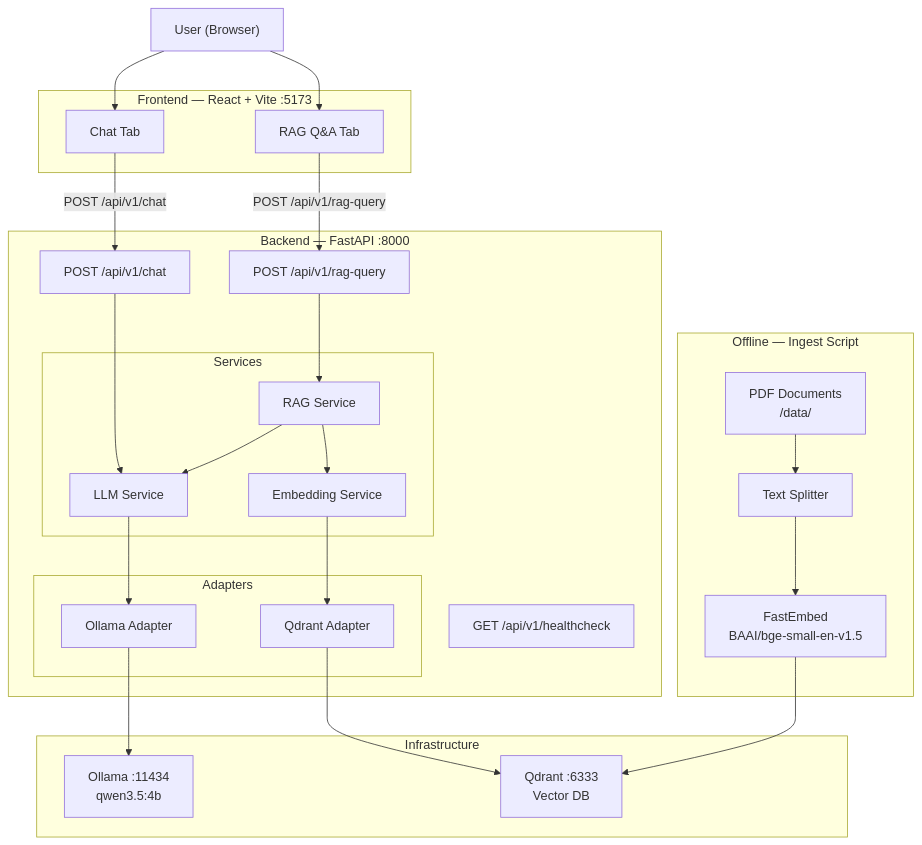
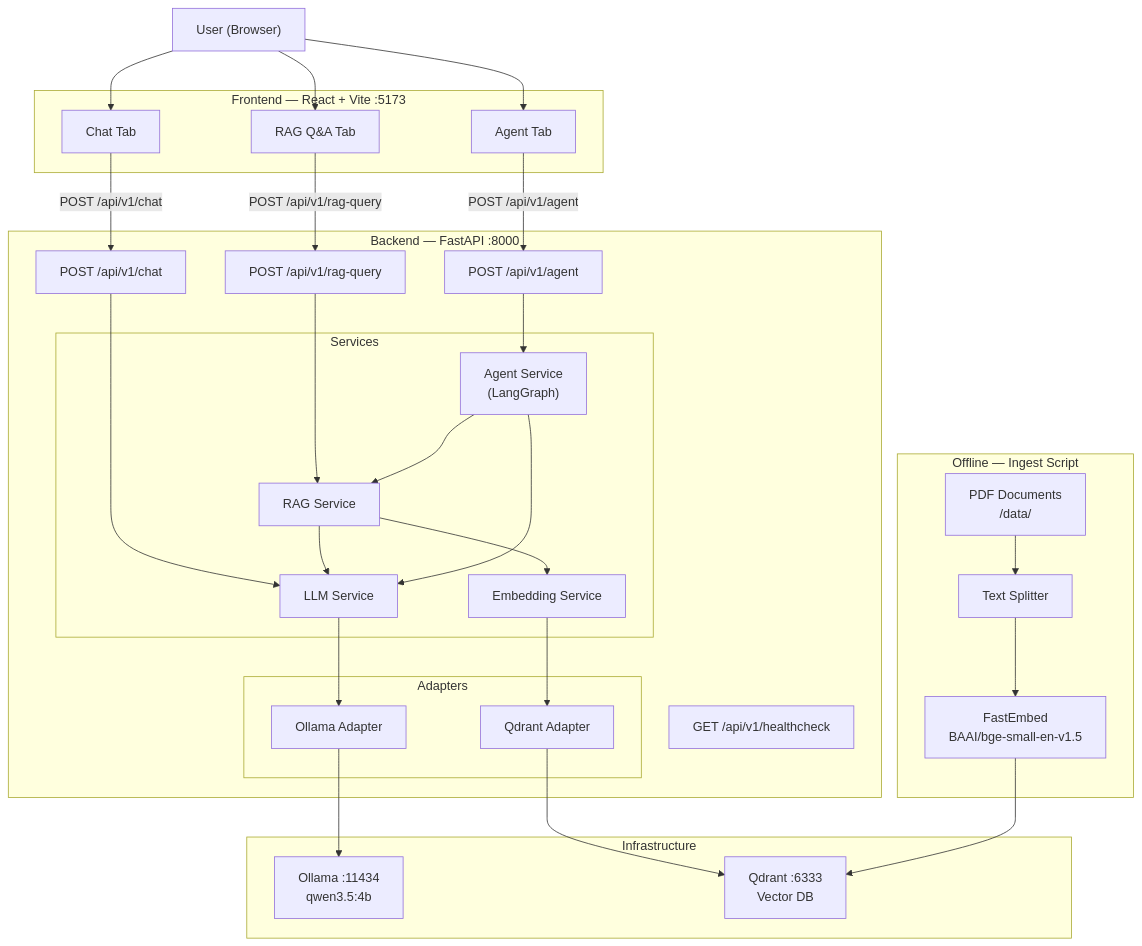
Before and after one commit to SalgueroAgus/challenge: the diagram in README.md, drawn with Mermaid. The commit also changed other lines of this file and 4 other files, not shown here.

````diff
--- a/README.md
+++ b/README.md
@@ -42,47 +42,53 @@
 ```mermaid
 graph TD
     User["User (Browser)"]
 
     subgraph Frontend["Frontend — React + Vite :5173"]
         UI_Chat["Chat Tab"]
         UI_RAG["RAG Q&A Tab"]
+        UI_Agent["Agent Tab"]
     end
 
     subgraph Backend["Backend — FastAPI :8000"]
         HC["GET /api/v1/healthcheck"]
         Chat["POST /api/v1/chat"]
         RAG["POST /api/v1/rag-query"]
+        Agent["POST /api/v1/agent"]
 
         subgraph Services
             LLMService["LLM Service"]
             RAGService["RAG Service"]
+            AgentService["Agent Service\n(LangGraph)"]
             EmbedService["Embedding Service"]
         end
 
         subgraph Adapters
             OllamaAdapter["Ollama Adapter"]
             QdrantAdapter["Qdrant Adapter"]
         end
     end
 
     subgraph Infra["Infrastructure"]
         Ollama["Ollama :11434\nqwen3.5:4b"]
         Qdrant["Qdrant :6333\nVector DB"]
     end
 
     subgraph Ingest["Offline — Ingest Script"]
         PDFs["PDF Documents\n/data/"]
         Chunker["Text Splitter"]
         Embedder["FastEmbed\nBAAI/bge-small-en-v1.5"]
     end
 
-    User --> UI_Chat & UI_RAG
+    User --> UI_Chat & UI_RAG & UI_Agent
     UI_Chat -- "POST /api/v1/chat" --> Chat
     UI_RAG -- "POST /api/v1/rag-query" --> RAG
+    UI_Agent -- "POST /api/v1/agent" --> Agent
 
     Chat --> LLMService --> OllamaAdapter --> Ollama
     RAG --> RAGService --> EmbedService --> QdrantAdapter --> Qdrant
     RAGService --> LLMService
+    Agent --> AgentService --> RAGService
+    AgentService --> LLMService
 
     PDFs --> Chunker --> Embedder --> Qdrant
 ```
````
